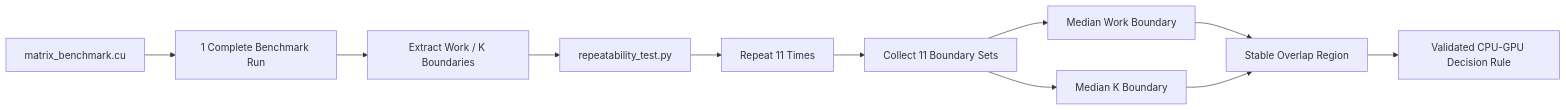
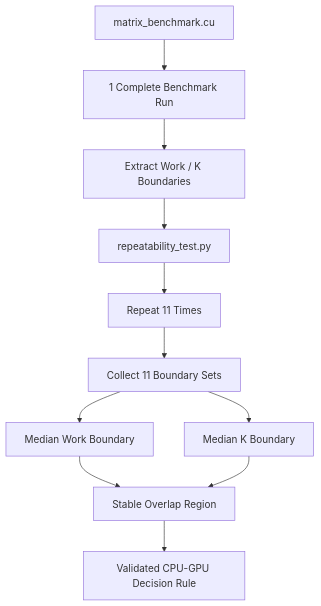
The second of 2 diagrams in README.md (HoiChunWat/CPU-GPU-Scheduling-Simulator), drawn with Mermaid before and after one commit.

````diff
--- a/README.md
+++ b/README.md
@@ -116,18 +116,18 @@
 ```mermaid
-flowchart LR
+flowchart TD
 
     A1["matrix_benchmark.cu"] --> A2["1 Complete Benchmark Run"]
     A2 --> A3["Extract Work / K Boundaries"]
 
     A3 --> B1["repeatability_test.py"]
     B1 --> B2["Repeat 11 Times"]
     B2 --> B3["Collect 11 Boundary Sets"]
 
     B3 --> C1["Median Work Boundary"]
     B3 --> C2["Median K Boundary"]
 
     C1 --> D1["Stable Overlap Region"]
     C2 --> D1
 
     D1 --> E1["Validated CPU-GPU Decision Rule"]
 ```
````
